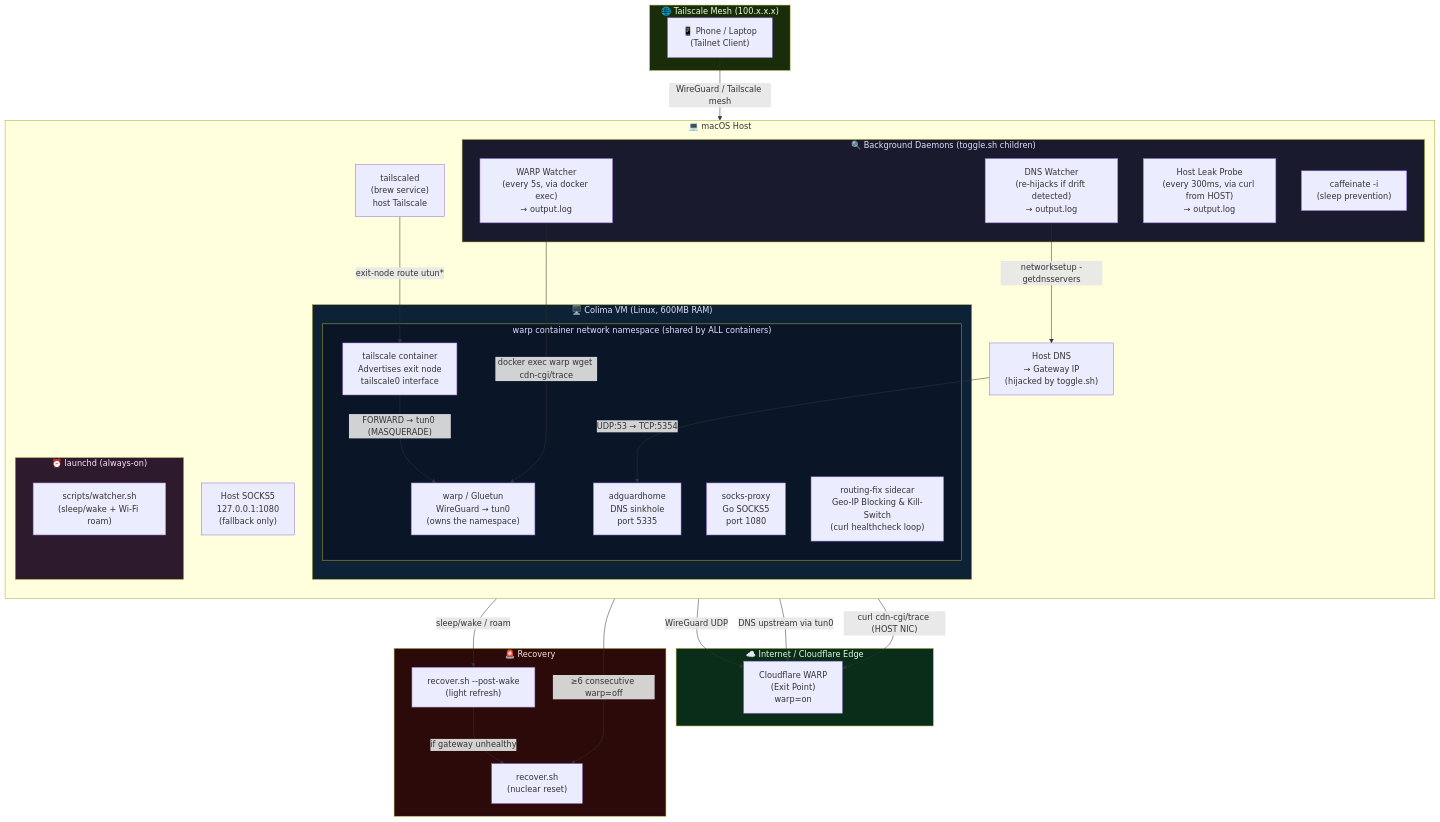
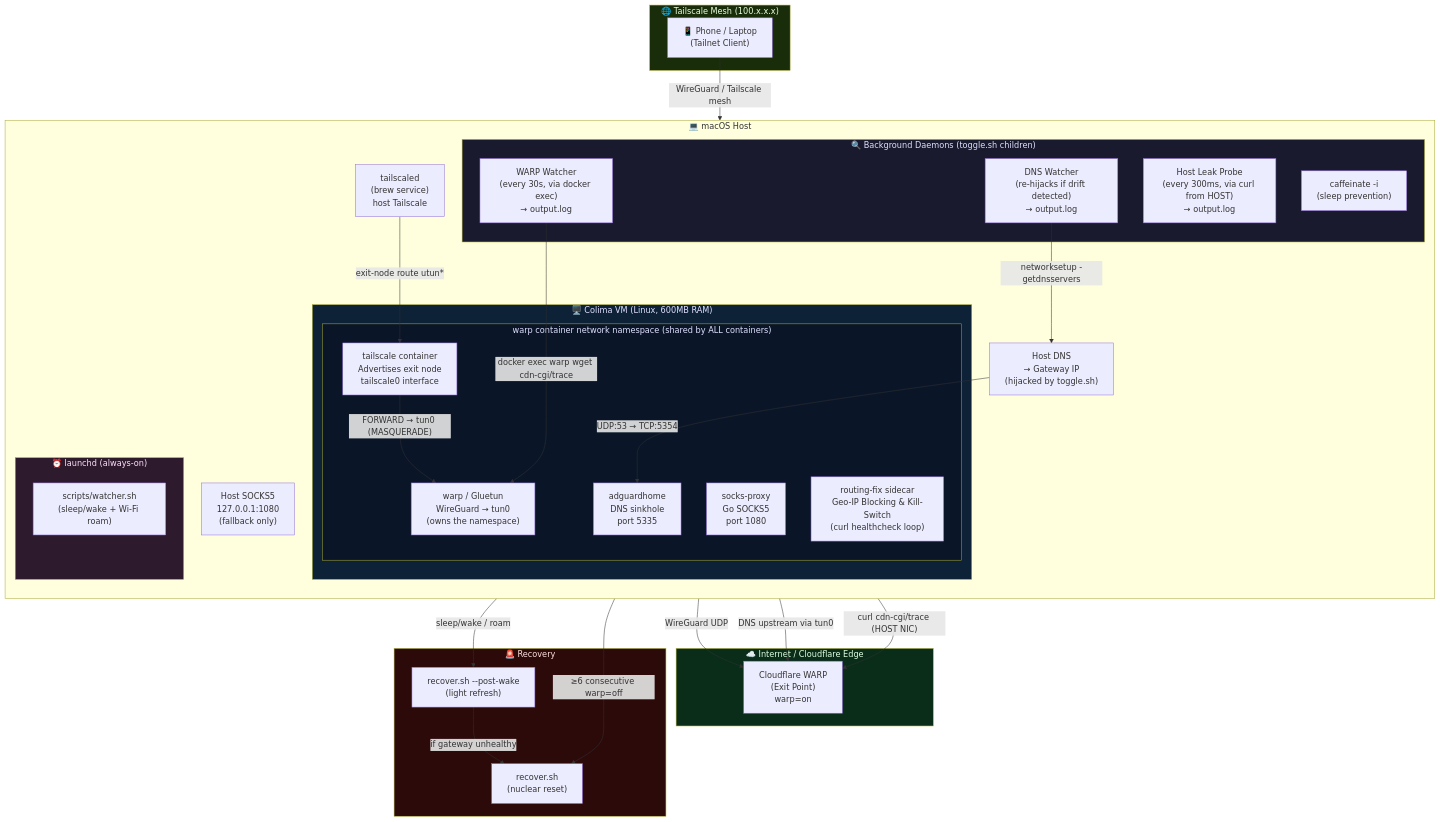
Before and after one commit to OmarAlaaeldein/nullexit: the first of 7 diagrams in diagrams.md, drawn with Mermaid. The commit also changed other lines of this file and 11 other files, not shown here.

````diff
--- a/diagrams.md
+++ b/diagrams.md
@@ -7,71 +7,71 @@
 ```mermaid
 graph TB
     subgraph INTERNET["☁️  Internet / Cloudflare Edge"]
         CF["Cloudflare WARP\n(Exit Point)\nwarp=on"]
     end
 
     subgraph TAILNET["🌐 Tailscale Mesh (100.x.x.x)"]
         PHONE["📱 Phone / Laptop\n(Tailnet Client)"]
     end
 
     subgraph MACHOST["💻 macOS Host"]
         direction TB
         TSDAEMON["tailscaled\n(brew service)\nhost Tailscale"]
         HOSTDNS["Host DNS\n→ Gateway IP\n(hijacked by toggle.sh)"]
         HOSTSOCKS["Host SOCKS5\n127.0.0.1:1080\n(fallback only)"]
 
         subgraph MONITORS["🔍 Background Daemons (toggle.sh children)"]
-            WARPWATCH["WARP Watcher\n(every 5s, via docker exec)\n→ output.log"]
+            WARPWATCH["WARP Watcher\n(every 30s, via docker exec)\n→ output.log"]
             LEAKPROBE["Host Leak Probe\n(every 300ms, via curl from HOST)\n→ output.log"]
             DNSWATCHER["DNS Watcher\n(re-hijacks if drift detected)\n→ output.log"]
             CAFFEINATE["caffeinate -i\n(sleep prevention)"]
         end
 
         subgraph COLIMAVM["🖥️  Colima VM (Linux, 600MB RAM)"]
             subgraph NETNS["warp container network namespace (shared by ALL containers)"]
                 GLUETUN["warp / Gluetun\nWireGuard → tun0\n(owns the namespace)"]
                 TS["tailscale container\nAdvertises exit node\ntailscale0 interface"]
                 SOCKS["socks-proxy\nGo SOCKS5\nport 1080"]
                 ADGUARD["adguardhome\nDNS sinkhole\nport 5335"]
                 ROUTINGFIX["routing-fix sidecar\nGeo-IP Blocking & Kill-Switch\n(curl healthcheck loop)"]
             end
         end
 
         subgraph LAUNCHD["⏰ launchd (always-on)"]
             WATCHER["scripts/watcher.sh\n(sleep/wake + Wi-Fi roam)"]
         end
     end
 
     subgraph RECOVERY["🚨 Recovery"]
         RECOVER["recover.sh\n(nuclear reset)"]
         RECOVERPOST["recover.sh --post-wake\n(light refresh)"]
     end
 
     %% Traffic flow
     PHONE -->|"WireGuard / Tailscale mesh"| TSDAEMON
     TSDAEMON -->|"exit-node route utun*"| TS
     TS -->|"FORWARD → tun0 (MASQUERADE)"| GLUETUN
     GLUETUN -->|"WireGuard UDP"| CF
 
     %% DNS
     HOSTDNS -->|"UDP:53 → TCP:5354"| ADGUARD
     ADGUARD -->|"DNS upstream via tun0"| CF
 
     %% Monitoring
     WARPWATCH -->|"docker exec warp wget cdn-cgi/trace"| GLUETUN
     LEAKPROBE -->|"curl cdn-cgi/trace (HOST NIC)"| CF
     DNSWATCHER -->|"networksetup -getdnsservers"| HOSTDNS
 
     %% Recovery triggers
     WARPWATCH -->|"≥6 consecutive warp=off"| RECOVER
     WATCHER -->|"sleep/wake / roam"| RECOVERPOST
     RECOVERPOST -->|"if gateway unhealthy"| RECOVER
 
     style MONITORS fill:#1a1a2e,color:#e0e0ff
     style COLIMAVM fill:#0d2137,color:#e0e0ff
     style NETNS fill:#0a1628,color:#e0e0ff
     style RECOVERY fill:#2d0a0a,color:#ffe0e0
     style INTERNET fill:#0a2d1a,color:#e0ffe0
     style TAILNET fill:#1a2d0a,color:#e8ffe0
     style LAUNCHD fill:#2d1a2d,color:#ffe0ff
 ```
````
